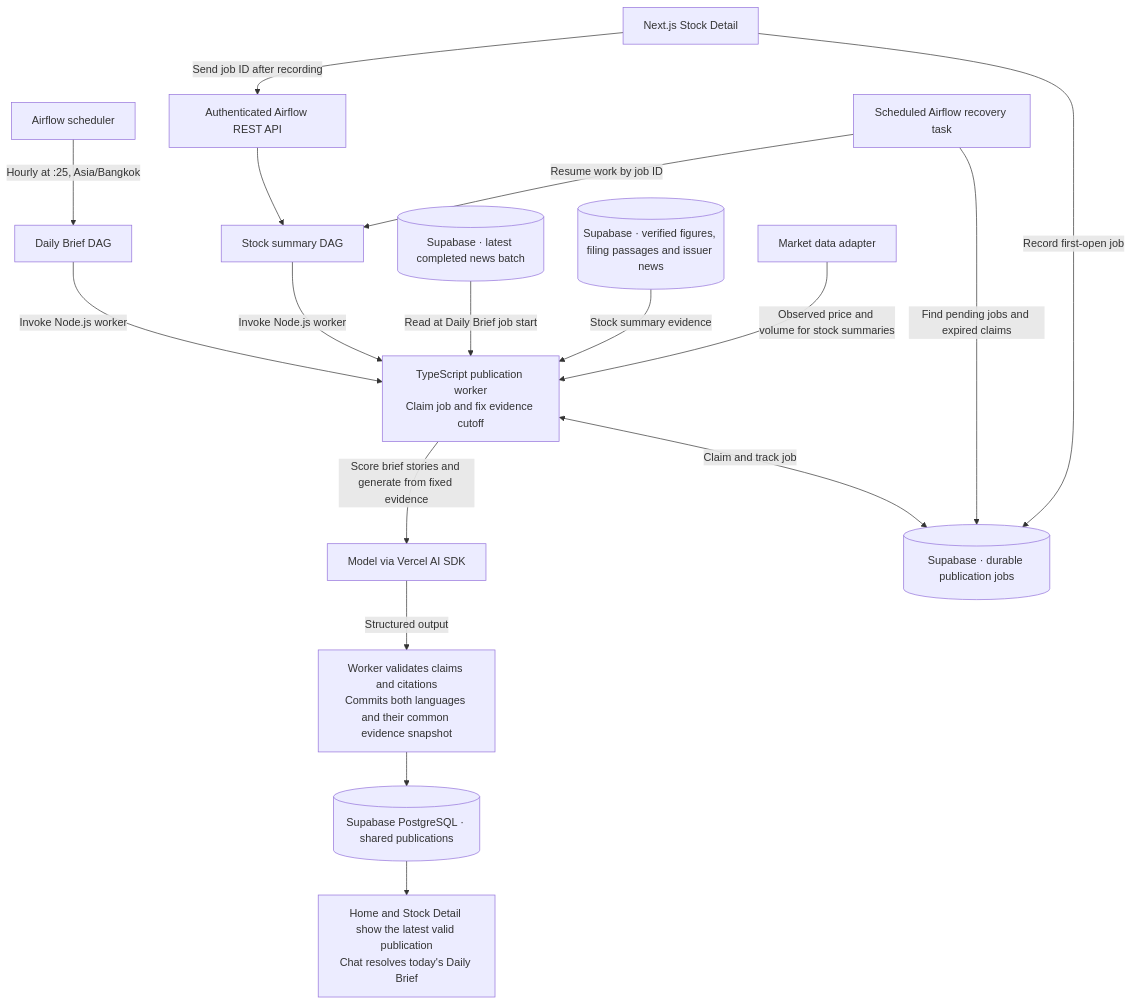
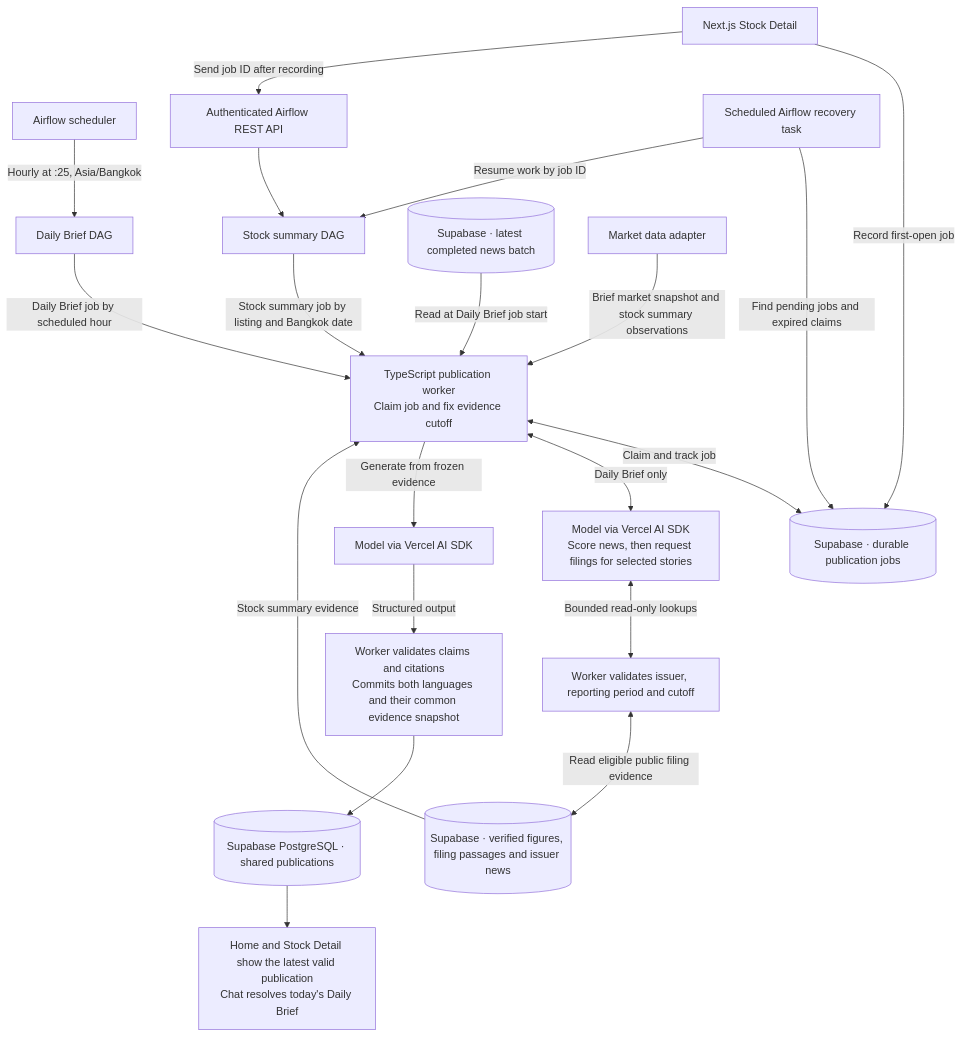
The second of 4 diagrams in docs/final/backend-data-flow.md (senella02/smart-financial-advisor), drawn with Mermaid before and after one commit. The commit also changed other lines of this file and 14 other files, not shown here.

Commit message:
docs: reconcile architecture and workflow guidance

````diff
--- a/docs/final/backend-data-flow.md
+++ b/docs/final/backend-data-flow.md
@@ -31,18 +31,22 @@
 ```mermaid
 flowchart TB
     Schedule["Airflow scheduler"] -->|"Hourly at :25, Asia/Bangkok"| Brief["Daily Brief DAG"]
     Web["Next.js Stock Detail"] -->|Record first-open job| Jobs[("Supabase · durable publication jobs")]
     Web -->|Send job ID after recording| API["Authenticated Airflow REST API"]
     API --> Summary["Stock summary DAG"]
     Sweep["Scheduled Airflow recovery task"] -->|Find pending jobs and expired claims| Jobs
     Sweep -->|Resume work by job ID| Summary
-    Brief & Summary -->|Invoke Node.js worker| Worker["TypeScript publication worker<br/>Claim job and fix evidence cutoff"]
+    Brief -->|Daily Brief job by scheduled hour| Worker["TypeScript publication worker<br/>Claim job and fix evidence cutoff"]
+    Summary -->|Stock summary job by listing and Bangkok date| Worker
     Worker <-->|Claim and track job| Jobs
     News[("Supabase · latest completed news batch")] -->|Read at Daily Brief job start| Worker
     Evidence[("Supabase · verified figures, filing passages and issuer news")] -->|Stock summary evidence| Worker
-    Market["Market data adapter"] -->|Observed price and volume for stock summaries| Worker
-    Worker -->|Score brief stories and generate from fixed evidence| Model["Model via Vercel AI SDK"]
+    Market["Market data adapter"] -->|Brief market snapshot and stock summary observations| Worker
+    Worker <-->|Daily Brief only| Research["Model via Vercel AI SDK<br/>Score news, then request filings for selected stories"]
+    Research <-->|Bounded read-only lookups| Filing["Worker validates issuer, reporting period and cutoff"]
+    Filing <-->|Read eligible public filing evidence| Evidence
+    Worker -->|Generate from frozen evidence| Model["Model via Vercel AI SDK"]
     Model -->|Structured output| Publish["Worker validates claims and citations<br/>Commits both languages and their common evidence snapshot"]
     Publish --> Publications[("Supabase PostgreSQL · shared publications")]
     Publications --> Read["Home and Stock Detail show the latest valid publication<br/>Chat resolves today's Daily Brief"]
 ```
````
